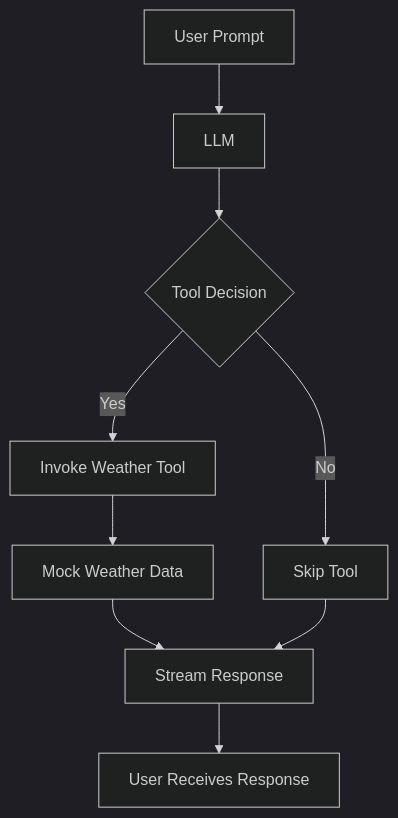
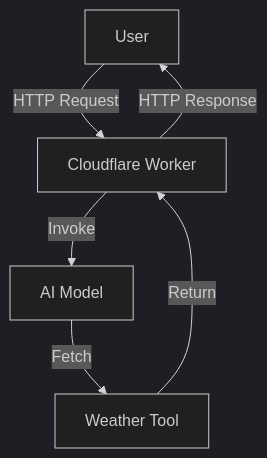
The first of 2 diagrams in apps/tool-calling-stream-traditional/README.md (reeawnc/cloudflare), drawn with Mermaid (dark theme) before and after one commit. The commit also changed other lines of this file and 18 other files, not shown here.

````diff
--- a/apps/tool-calling-stream-traditional/README.md
+++ b/apps/tool-calling-stream-traditional/README.md
@@ -102,11 +70,8 @@
 ```mermaid
-flowchart TD
-    A[User Prompt] --> B[LLM]
-    B --> C{Tool Decision}
-    C -- Yes --> D[Invoke Weather Tool]
-    D --> E[Mock Weather Data]
-    C -- No --> F[Skip Tool]
-    E --> G[Stream Response]
-    F --> G
-    G --> H[User Receives Response]
+graph TD;
+    A[User] -->|HTTP Request| B[Cloudflare Worker]
+    B -->|Invoke| C[AI Model]
+    C -->|Fetch| D[Weather Tool]
+    D -->|Return| B
+    B -->|HTTP Response| A
 ```
````
